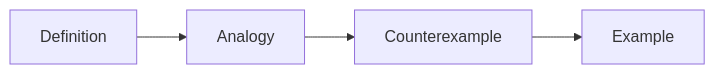
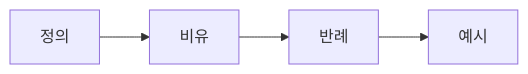
The diagram in content/technical-writing-101/ko/04-explaining-concepts.md (yeongseon-books/book-content), drawn with Mermaid before and after one commit. The commit also changed other lines of this file and 7 other files, not shown here.

````diff
--- a/content/technical-writing-101/ko/04-explaining-concepts.md
+++ b/content/technical-writing-101/ko/04-explaining-concepts.md
@@ -33,6 +50,6 @@
 ```mermaid
 flowchart LR
-    D[Definition] --> A[Analogy]
-    A --> C[Counterexample]
-    C --> E[Example]
+    D[정의] --> A[비유]
+    A --> C[반례]
+    C --> E[예시]
 ```
````
